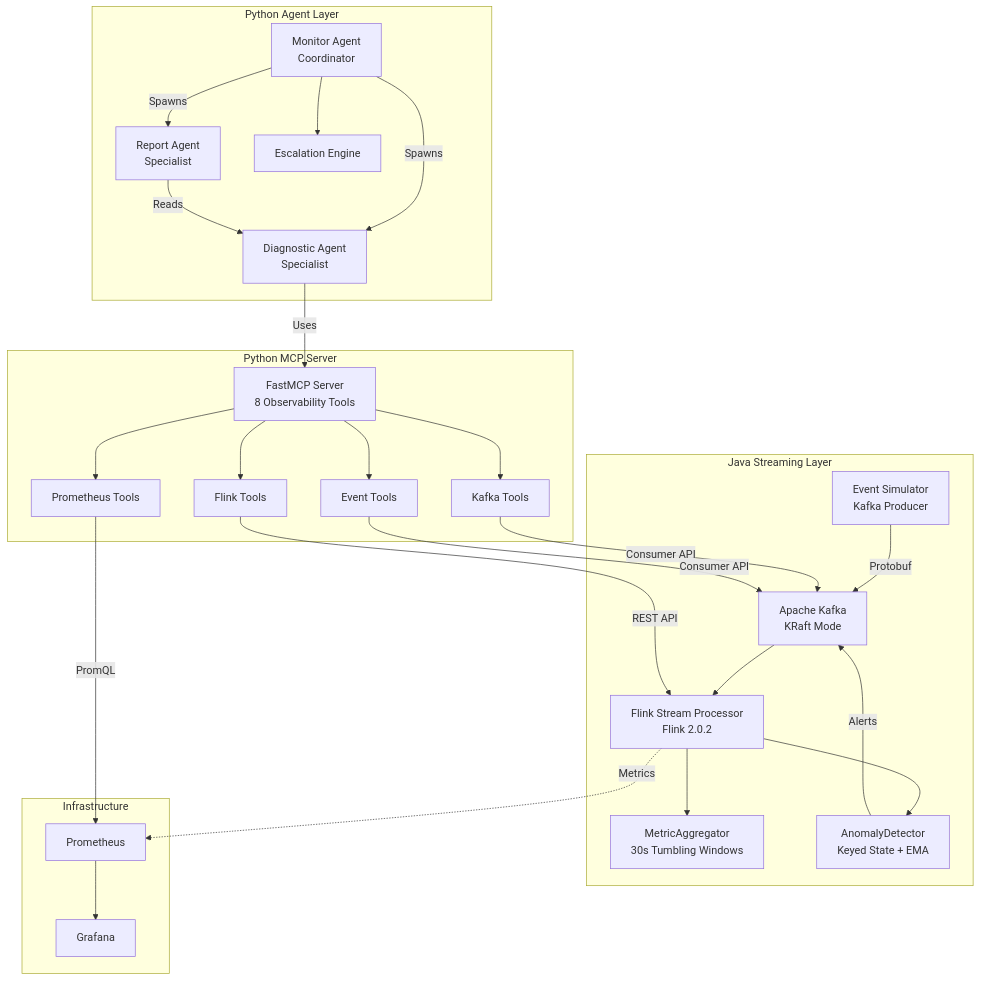
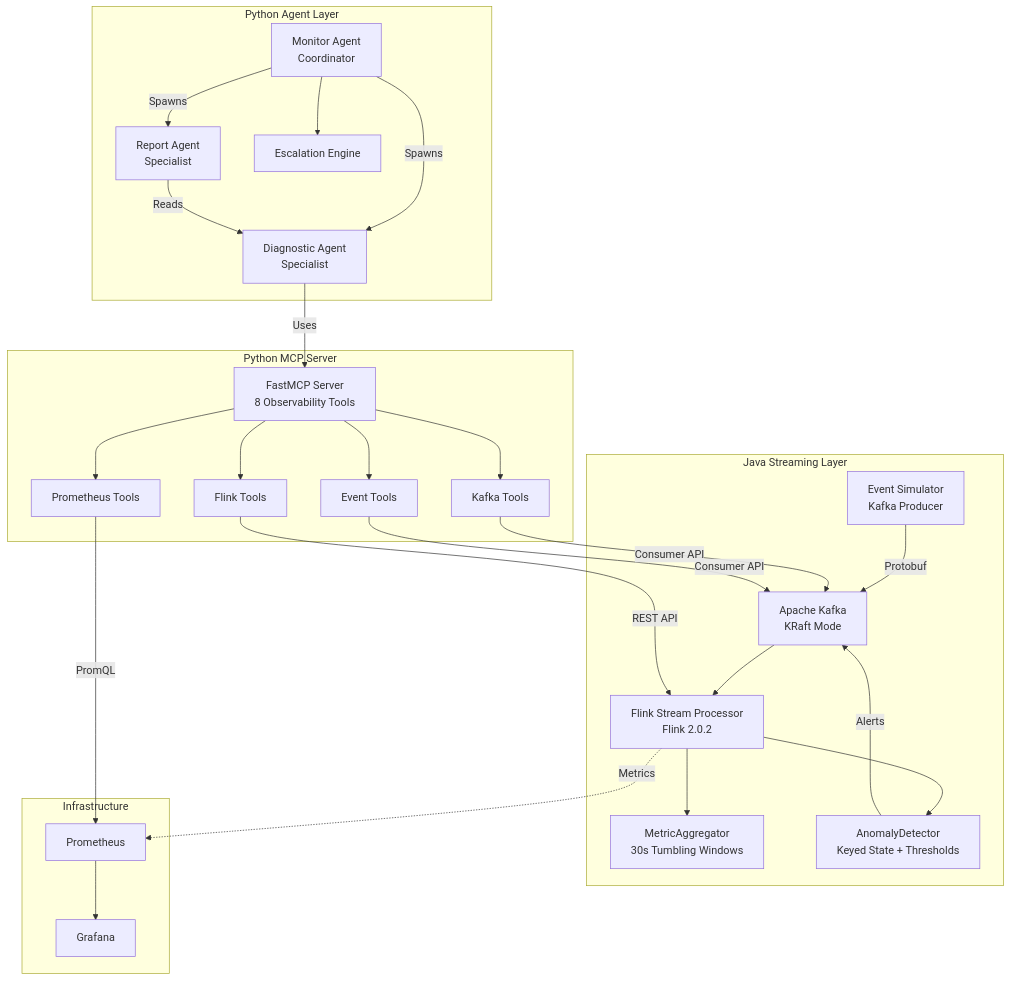
Before and after one commit to atomicdragonranch/streamops-agent: the first of 7 diagrams in README.md, drawn with Mermaid. The commit also changed other lines of this file, not shown here.

First line of the commit message:
docs: README honesty (soften EMA claims, drop hardcoded test count) (#69)

````diff
--- a/README.md
+++ b/README.md
@@ -24,50 +24,50 @@
 ```mermaid
 graph TB
     subgraph "Java Streaming Layer"
         ES[Event Simulator<br/>Kafka Producer]
         K[Apache Kafka<br/>KRaft Mode]
         FP[Flink Stream Processor<br/>Flink 2.0.2]
         MA[MetricAggregator<br/>30s Tumbling Windows]
-        AD[AnomalyDetector<br/>Keyed State + EMA]
+        AD[AnomalyDetector<br/>Keyed State + Thresholds]
     end
 
     subgraph "Python MCP Server"
         MCP[FastMCP Server<br/>8 Observability Tools]
         FT[Flink Tools]
         KT[Kafka Tools]
         PT[Prometheus Tools]
         ET[Event Tools]
     end
 
     subgraph "Python Agent Layer"
         MON[Monitor Agent<br/>Coordinator]
         DIAG[Diagnostic Agent<br/>Specialist]
         REP[Report Agent<br/>Specialist]
         ESC[Escalation Engine]
     end
 
     subgraph "Infrastructure"
         PROM[Prometheus]
         GRAF[Grafana]
     end
 
     ES -->|Protobuf| K
     K --> FP
     FP --> MA
     FP --> AD
     AD -->|Alerts| K
     FP -.->|Metrics| PROM
     PROM --> GRAF
 
     MCP --> FT & KT & PT & ET
     FT -->|REST API| FP
     KT -->|Consumer API| K
     PT -->|PromQL| PROM
     ET -->|Consumer API| K
 
     MON -->|Spawns| DIAG
     MON -->|Spawns| REP
     DIAG -->|Uses| MCP
     REP -->|Reads| DIAG
     MON --> ESC
 ```
````
